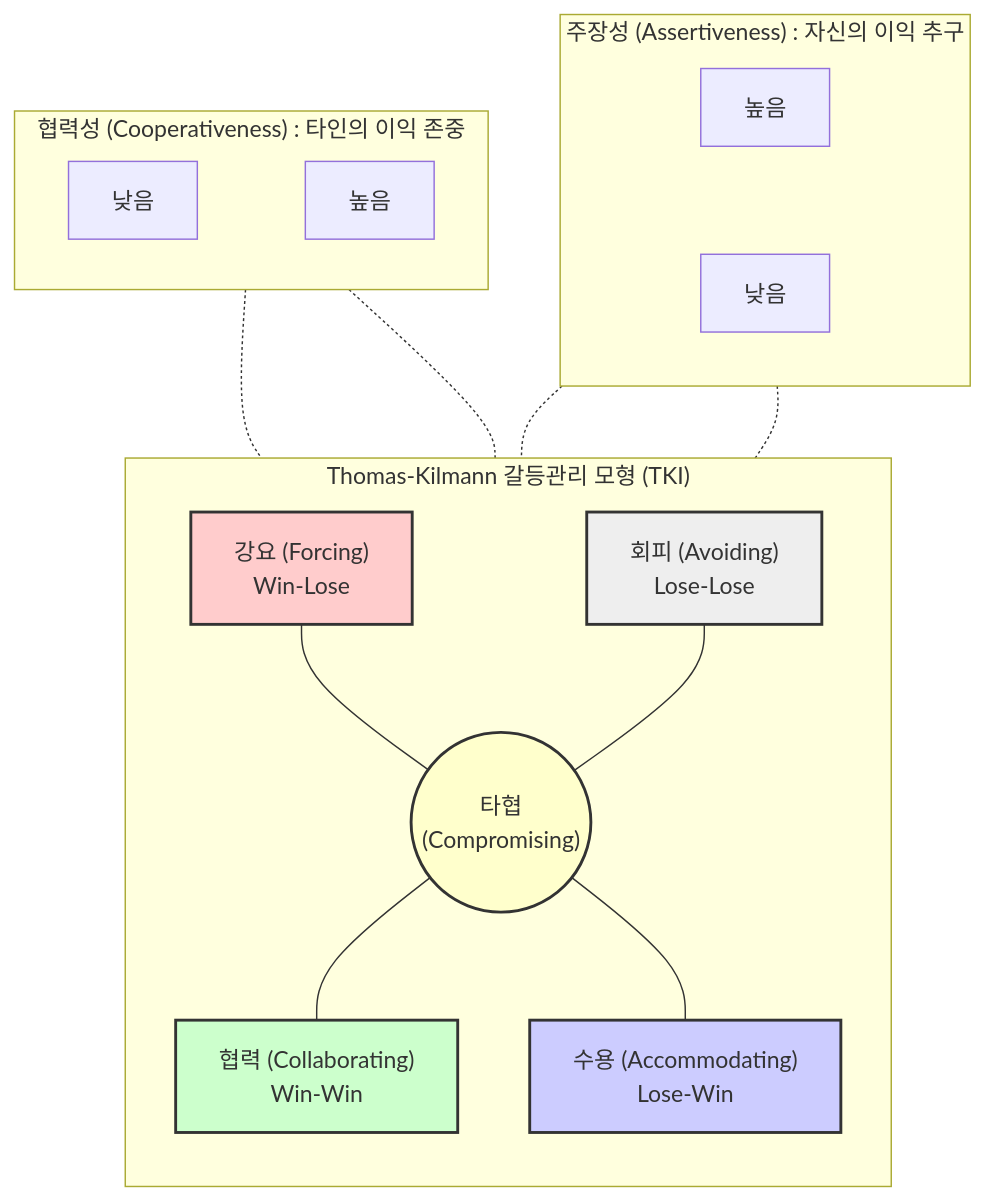
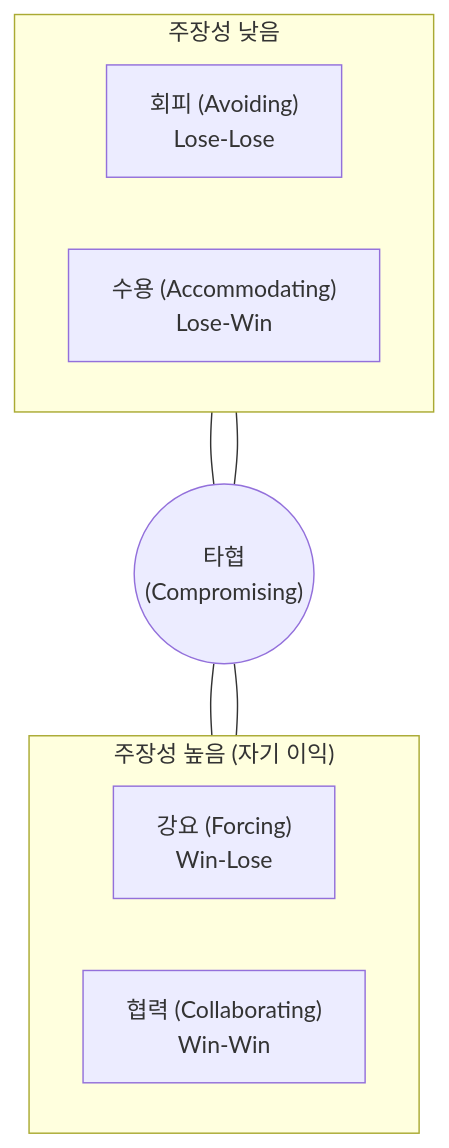
One commit to supremethumb/supremethumb.github.io changed the diagram in content/01_IT Tech/갈등관리.md. Above: the diagram before and after it, drawn with Mermaid. The commit also changed other lines of this file and 1087 other files, not shown here.

````diff
--- a/content/01_IT Tech/갈등관리.md
+++ b/content/01_IT Tech/갈등관리.md
@@ -22,31 +35,16 @@
 ```mermaid
 flowchart TD
-    %% TKI Model Grid Representation
-    subgraph Y_Axis ["주장성 (Assertiveness) : 자신의 이익 추구"]
-        direction TB
-        High_A["높음"] ~~~ Low_A["낮음"]
+    subgraph High ["주장성 높음 (자기 이익)"]
+        direction LR
+        F["강요 (Forcing)<br/>Win-Lose"]
+        C["협력 (Collaborating)<br/>Win-Win"]
     end
-
-    subgraph X_Axis ["협력성 (Cooperativeness) : 타인의 이익 존중"]
+    M(("타협<br/>(Compromising)"))
+    subgraph Low ["주장성 낮음"]
         direction LR
-        Low_C["낮음"] ~~~ High_C["높음"]
+        A["회피 (Avoiding)<br/>Lose-Lose"]
+        S["수용 (Accommodating)<br/>Lose-Win"]
     end
-
-    subgraph TKI ["Thomas-Kilmann 갈등관리 모형 (TKI)"]
-        direction TB
-        TopLeft["강요 (Forcing)<br/>Win-Lose"] --- Center(("타협<br/>(Compromising)")) --- TopRight["협력 (Collaborating)<br/>Win-Win"]
-        BottomLeft["회피 (Avoiding)<br/>Lose-Lose"] --- Center --- BottomRight["수용 (Accommodating)<br/>Lose-Win"]
-    end
-
-    %% Visual relationships to Axes
-    High_A -.- TopLeft
-    Low_A -.- BottomLeft
-    Low_C -.- BottomLeft
-    High_C -.- BottomRight
-
-    style TopLeft fill:#ffcccc,stroke:#333,stroke-width:2px
-    style TopRight fill:#ccffcc,stroke:#333,stroke-width:2px
-    style BottomLeft fill:#eeeeee,stroke:#333,stroke-width:2px
-    style BottomRight fill:#ccccff,stroke:#333,stroke-width:2px
-    style Center fill:#ffffcc,stroke:#333,stroke-width:2px
+    F --- M --- C
+    A --- M --- S
 ```
````
